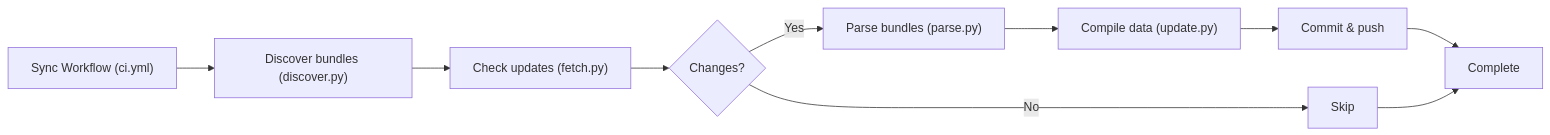
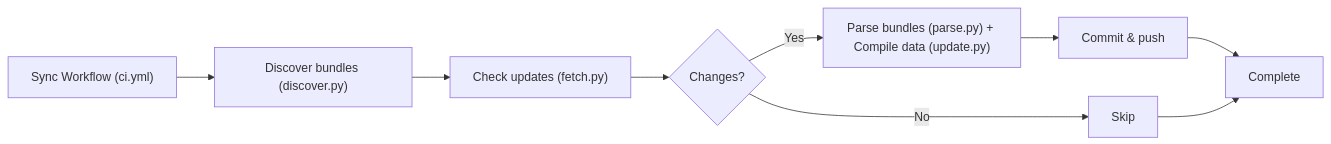
The first of 2 diagrams in CONTRIBUTING.md (nvbangg/awesome-for-morphe), drawn with Mermaid before and after one commit. The commit also changed other lines of this file and 222 other files, not shown here.

````diff
--- a/CONTRIBUTING.md
+++ b/CONTRIBUTING.md
@@ -44,14 +44,13 @@
 ```mermaid
 flowchart LR
     A["Sync Workflow (ci.yml)"] --> B["Discover bundles (discover.py)"]
     B --> C["Check updates (fetch.py)"]
     C --> D{Changes?}
 
-    D -->|Yes| E["Parse bundles (parse.py)"]
+    D -->|Yes| E["Parse bundles (parse.py) + Compile data (update.py)"]
     D -->|No| F[Skip]
 
-    E --> G["Compile data (update.py)"]
-    G --> H[Commit & push]
-    H --> I[Complete]
-    F --> I
+    E --> G[Commit & push]
+    G --> H[Complete]
+    F --> H
 ```
````
